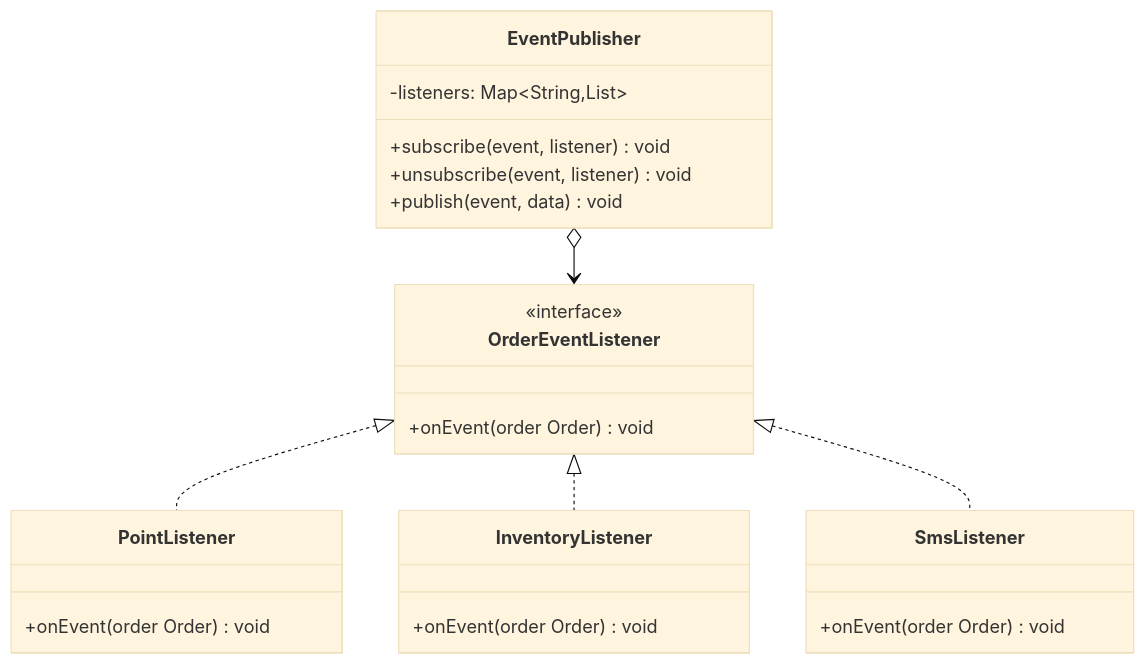
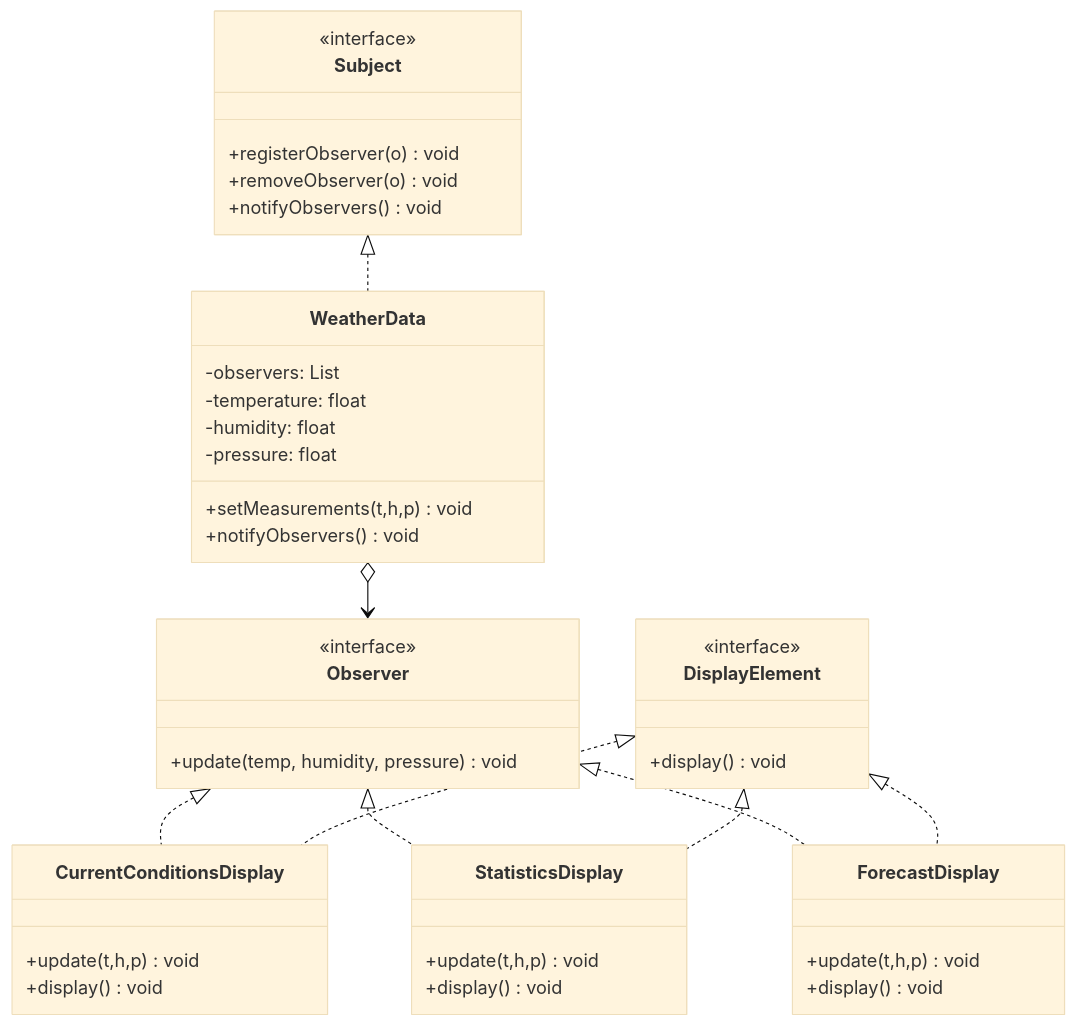
One commit to luguosong/programming-notes changed the diagram in docs/topic/design-patterns/behavioral-patterns/observer/index.md. Above: the diagram before and after it, drawn with Mermaid (base theme). The commit also changed other lines of this file and 24 other files, not shown here.

````diff
--- a/docs/topic/design-patterns/behavioral-patterns/observer/index.md
+++ b/docs/topic/design-patterns/behavioral-patterns/observer/index.md
@@ -21,26 +35,45 @@
 ```mermaid
 classDiagram
-    class EventPublisher {
-        -listeners: Map~String,List~
-        +subscribe(event, listener) void
-        +unsubscribe(event, listener) void
-        +publish(event, data) void
+    class Subject {
+        <<interface>>
+        +registerObserver(o) void
+        +removeObserver(o) void
+        +notifyObservers() void
     }
-    class OrderEventListener {
+    class Observer {
         <<interface>>
-        +onEvent(order Order) void
+        +update(temp, humidity, pressure) void
     }
-    class PointListener {
-        +onEvent(order Order) void
+    class DisplayElement {
+        <<interface>>
+        +display() void
     }
-    class InventoryListener {
-        +onEvent(order Order) void
+    class WeatherData {
+        -observers: List
+        -temperature: float
+        -humidity: float
+        -pressure: float
+        +setMeasurements(t,h,p) void
+        +notifyObservers() void
     }
-    class SmsListener {
-        +onEvent(order Order) void
+    class CurrentConditionsDisplay {
+        +update(t,h,p) void
+        +display() void
     }
-    OrderEventListener <|.. PointListener
-    OrderEventListener <|.. InventoryListener
-    OrderEventListener <|.. SmsListener
-    EventPublisher o--> OrderEventListener
+    class StatisticsDisplay {
+        +update(t,h,p) void
+        +display() void
+    }
+    class ForecastDisplay {
+        +update(t,h,p) void
+        +display() void
+    }
+    Subject <|.. WeatherData
+    Observer <|.. CurrentConditionsDisplay
+    Observer <|.. StatisticsDisplay
+    Observer <|.. ForecastDisplay
+    DisplayElement <|.. CurrentConditionsDisplay
+    DisplayElement <|.. StatisticsDisplay
+    DisplayElement <|.. ForecastDisplay
+    WeatherData o--> Observer
 ```
````
